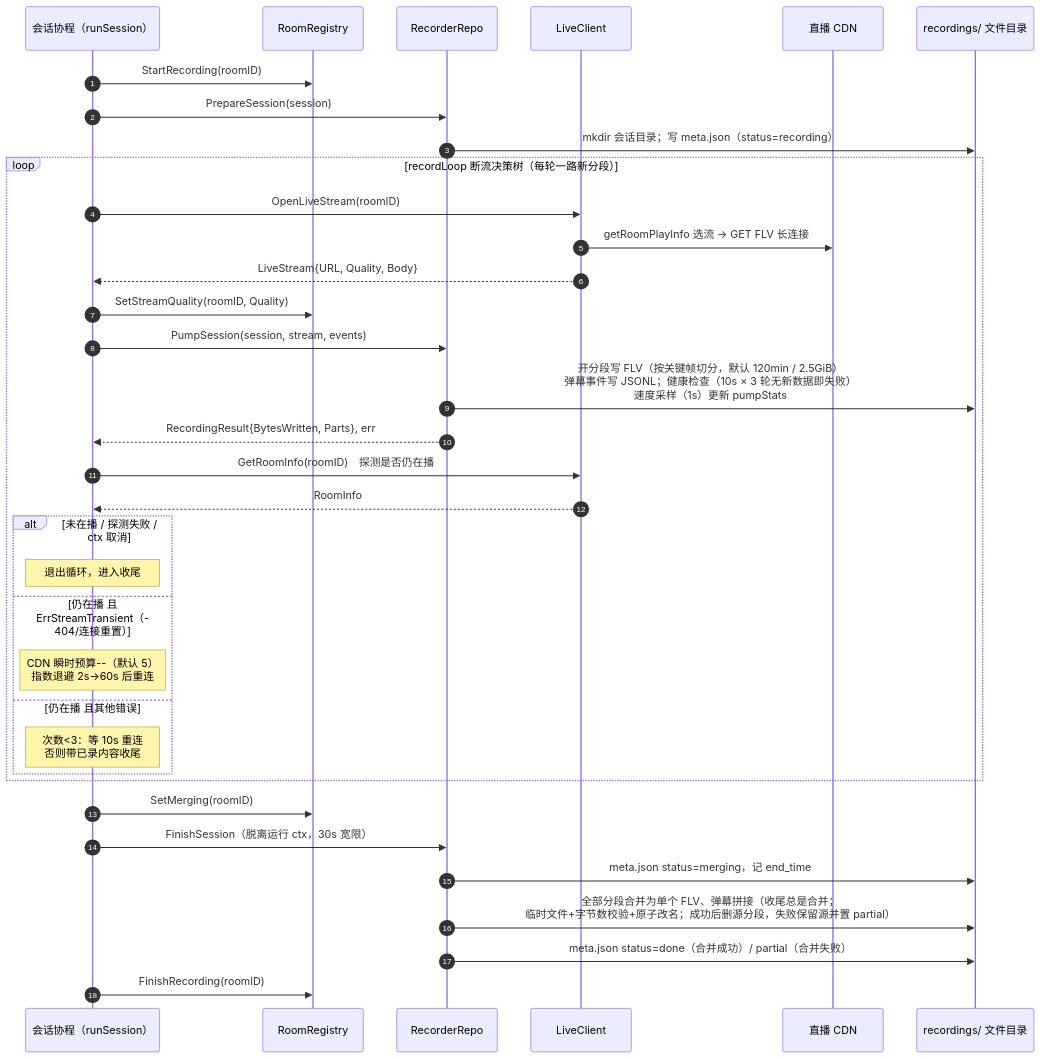
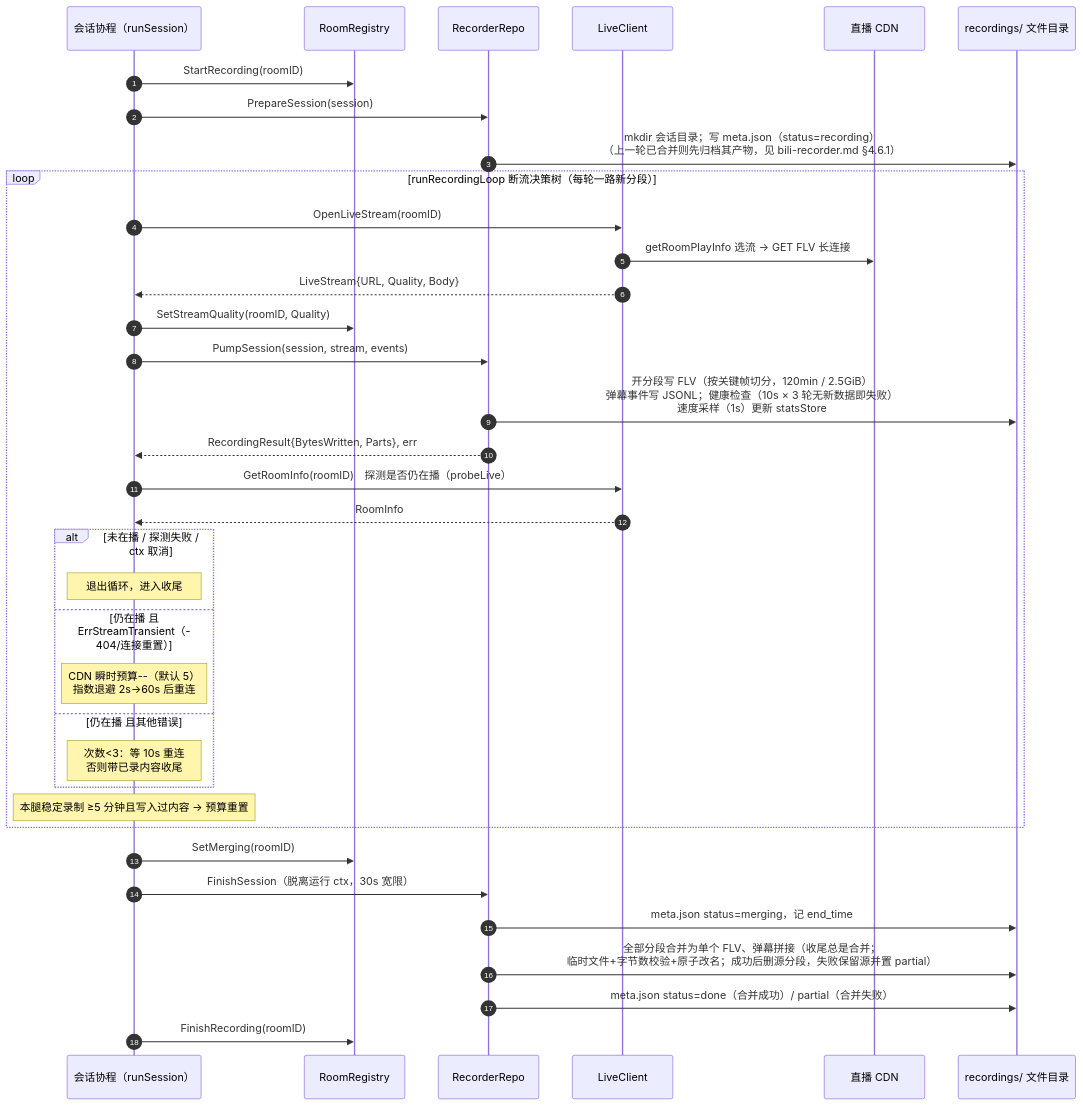
Before and after one commit to xgbt/suika: the fifth of 10 diagrams in docs/design/architecture-diagrams.md, drawn with Mermaid. The commit also changed other lines of this file and 4 other files, not shown here.

````diff
--- a/docs/design/architecture-diagrams.md
+++ b/docs/design/architecture-diagrams.md
@@ -244,40 +246,41 @@
 ```mermaid
 sequenceDiagram
     autonumber
     participant Sess as 会话协程（runSession）
     participant G as RoomRegistry
     participant RR as RecorderRepo
     participant LC as LiveClient
     participant CDN as 直播 CDN
     participant FS as recordings/ 文件目录
 
     Sess->>G: StartRecording(roomID)
     Sess->>RR: PrepareSession(session)
-    RR->>FS: mkdir 会话目录；写 meta.json（status=recording）
+    RR->>FS: mkdir 会话目录；写 meta.json（status=recording）<br/>（上一轮已合并则先归档其产物，见 bili-recorder.md §4.6.1）
 
-    loop recordLoop 断流决策树（每轮一路新分段）
+    loop runRecordingLoop 断流决策树（每轮一路新分段）
         Sess->>LC: OpenLiveStream(roomID)
         LC->>CDN: getRoomPlayInfo 选流 → GET FLV 长连接
         LC-->>Sess: LiveStream{URL, Quality, Body}
         Sess->>G: SetStreamQuality(roomID, Quality)
         Sess->>RR: PumpSession(session, stream, events)
-        RR->>FS: 开分段写 FLV（按关键帧切分，默认 120min / 2.5GiB）<br/>弹幕事件写 JSONL；健康检查（10s × 3 轮无新数据即失败）<br/>速度采样（1s）更新 pumpStats
+        RR->>FS: 开分段写 FLV（按关键帧切分，120min / 2.5GiB）<br/>弹幕事件写 JSONL；健康检查（10s × 3 轮无新数据即失败）<br/>速度采样（1s）更新 statsStore
         RR-->>Sess: RecordingResult{BytesWritten, Parts}, err
-        Sess->>LC: GetRoomInfo(roomID)　探测是否仍在播
+        Sess->>LC: GetRoomInfo(roomID)　探测是否仍在播（probeLive）
         LC-->>Sess: RoomInfo
         alt 未在播 / 探测失败 / ctx 取消
             Note over Sess: 退出循环，进入收尾
         else 仍在播 且 ErrStreamTransient（404/连接重置）
             Note over Sess: CDN 瞬时预算--（默认 5）<br/>指数退避 2s→60s 后重连
         else 仍在播 且其他错误
             Note over Sess: 次数<3：等 10s 重连<br/>否则带已录内容收尾
         end
+        Note over Sess: 本腿稳定录制 ≥5 分钟且写入过内容 → 预算重置
     end
 
     Sess->>G: SetMerging(roomID)
     Sess->>RR: FinishSession（脱离运行 ctx，30s 宽限）
     RR->>FS: meta.json status=merging，记 end_time
     RR->>FS: 全部分段合并为单个 FLV、弹幕拼接（收尾总是合并；<br/>临时文件+字节数校验+原子改名；成功后删源分段，失败保留源并置 partial）
     RR->>FS: meta.json status=done（合并成功）/ partial（合并失败）
     Sess->>G: FinishRecording(roomID)
 ```
````
